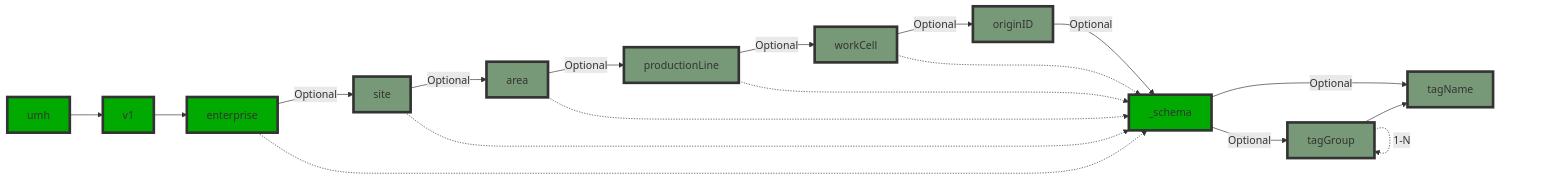
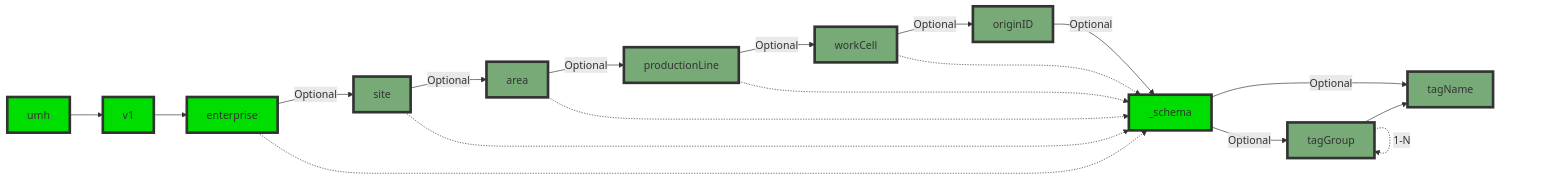
One commit to united-manufacturing-hub/umh.docs.umh.app changed the first of 2 diagrams in umh.docs.umh.app/content/en/docs/datamodel/messages/_index.md. Above: the diagram before and after it, drawn with Mermaid. The commit also changed other lines of this file, not shown here.

Commit message:
fix: optimized colors

```diff
--- a/umh.docs.umh.app/content/en/docs/datamodel/messages/_index.md
+++ b/umh.docs.umh.app/content/en/docs/datamodel/messages/_index.md
@@ -56,25 +56,25 @@
 {{<mermaid theme="neutral" >}}
 flowchart LR
     umh --> v1
     v1 --> enterprise
     enterprise -->|Optional| site
     site -->|Optional| area
     area -->|Optional| productionLine
     productionLine -->|Optional| workCell
     workCell -->|Optional| originID
     originID -->|Optional| _schema --> |Optional| tagName
     _schema --> |Optional| tagGroup
     tagGroup --> tagName
     
-    classDef mqtt fill:#00aa00,stroke:#333,stroke-width:4px;
+    classDef mqtt fill:#00dd00,stroke:#333,stroke-width:4px;
     class umh,v1,enterprise,_schema mqtt;
-    classDef optional fill:#779977,stroke:#333,stroke-width:4px;
+    classDef optional fill:#77aa77,stroke:#333,stroke-width:4px;
     class site,area,productionLine,workCell,originID,tagGroup,tagName optional;
     
     enterprise -.-> _schema
     site -.-> _schema
     area -.-> _schema
     productionLine -.-> _schema
     workCell -.-> _schema
     tagGroup -.-> |1-N| tagGroup
 {{</ mermaid >}}
```
